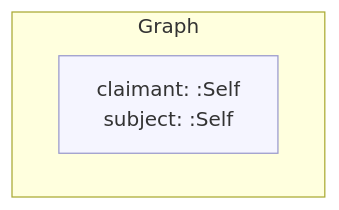
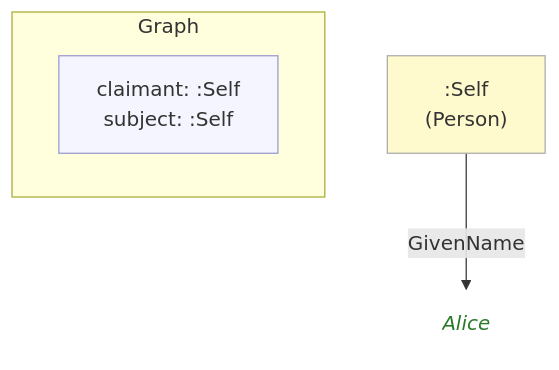
The diagram in example/graphs/images/graph-58.mmd (MeeFoundation/mia-ontologies), drawn with Mermaid before and after one commit. The commit also changed 4 other files, not shown here.

First line of the commit message:
Add Alice's given-name claim to Care & Feeding cell's graph 58

```diff
--- a/example/graphs/images/graph-58.mmd
+++ b/example/graphs/images/graph-58.mmd
@@ -1,10 +1,15 @@
 flowchart TD
     classDef person fill:#fffacd,stroke:#aaa,color:#333
     classDef org    fill:#cce5ff,stroke:#aaa,color:#333
     classDef lit    fill:none,stroke:none,font-style:italic,color:#2a7a2a
     classDef meta   fill:#f5f5ff,stroke:#9999cc,color:#333
 
     subgraph ctx["Graph"]
         direction LR
         ctx_meta["claimant: :Self\nsubject: :Self"]:::meta
     end
+
+    ne0c3ba92f1db[":Self\n(Person)"]:::person
+    n194f95fa0d0d("Alice"):::lit
+
+    ne0c3ba92f1db -->|"GivenName"| n194f95fa0d0d
```
